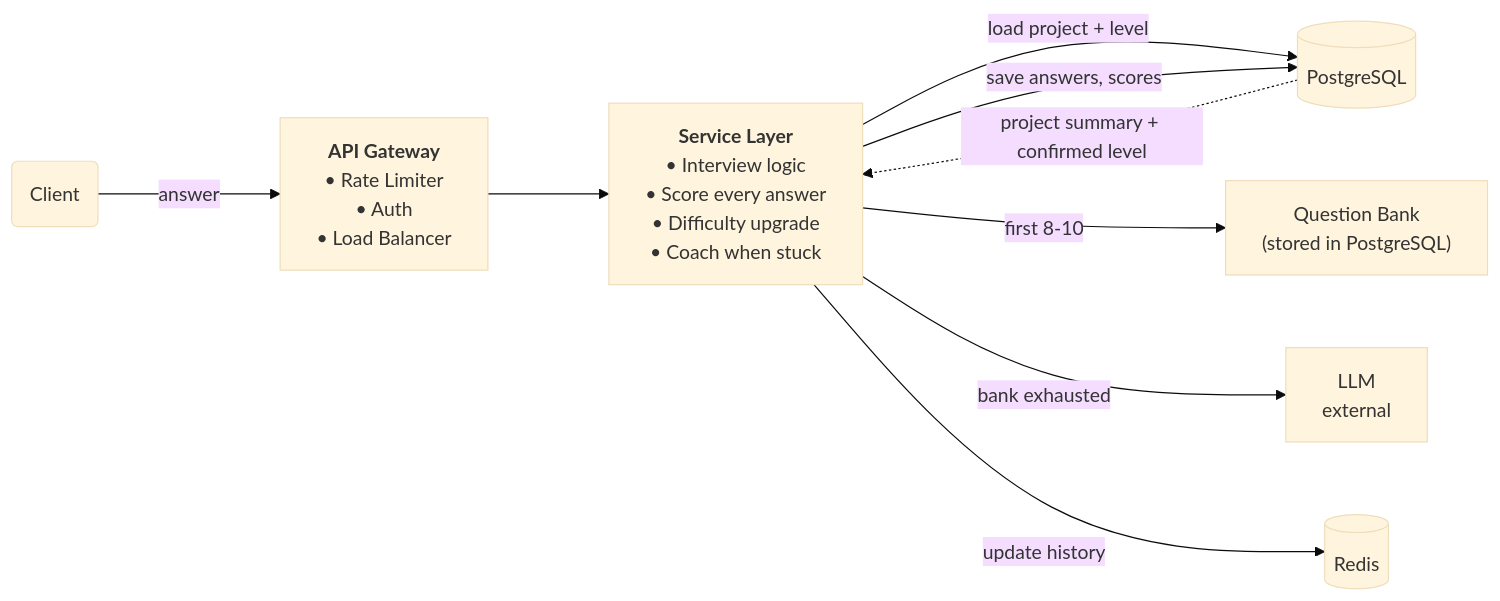
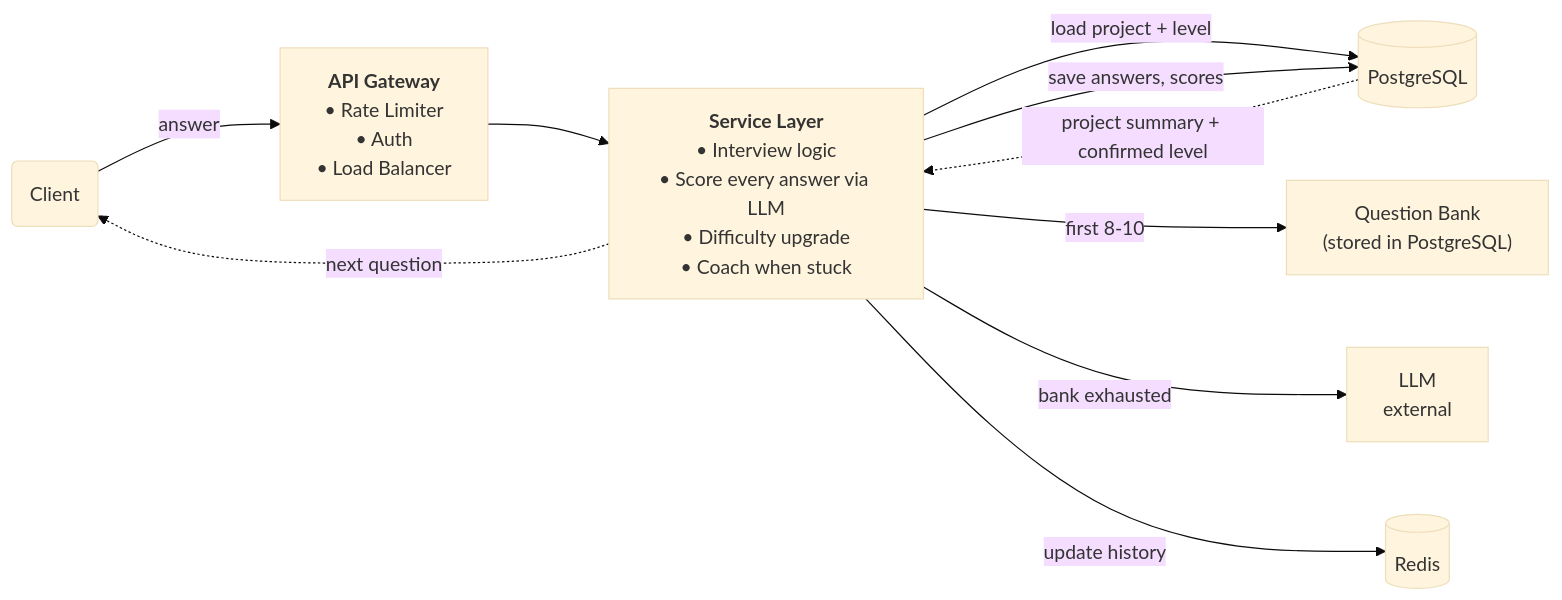
Before and after one commit to shivam-tamboli/GrillMyProject: the third of 4 diagrams in SYSTEM_DESIGN.md, drawn with Mermaid (base theme). The commit also changed other lines of this file, not shown here.

Commit message:
final diagram fixes — github label, scoring clarity, question delivery, report wording, prep guide

````diff
--- a/SYSTEM_DESIGN.md
+++ b/SYSTEM_DESIGN.md
@@ -392,20 +392,21 @@
 ```mermaid
 %%{init: {'flowchart': {'nodeSpacing': 60, 'rankSpacing': 100}}}%%
 flowchart LR
     Client(Client)
     GW["<b>API Gateway</b><br/>• Rate Limiter<br/>• Auth<br/>• Load Balancer"]
-    SVC["<b>Service Layer</b><br/>• Interview logic<br/>• Score every answer<br/>• Difficulty upgrade<br/>• Coach when stuck"]
+    SVC["<b>Service Layer</b><br/>• Interview logic<br/>• Score every answer via LLM<br/>• Difficulty upgrade<br/>• Coach when stuck"]
     QB["Question Bank<br/>(stored in PostgreSQL)"]
     LLM["LLM<br/>external"]
     RD[(Redis)]
     PG[(PostgreSQL)]
 
     SVC -->|load project + level| PG
     PG -.->|project summary + confirmed level| SVC
     Client -->|answer| GW
     GW --> SVC
     SVC -->|first 8-10| QB
     SVC -->|bank exhausted| LLM
     SVC -->|update history| RD
     SVC -->|save answers, scores| PG
+    SVC -.->|next question| Client
 ```
````
